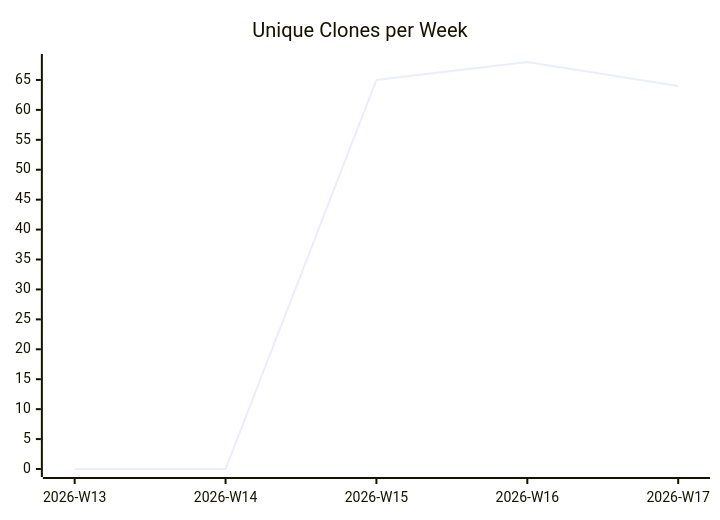
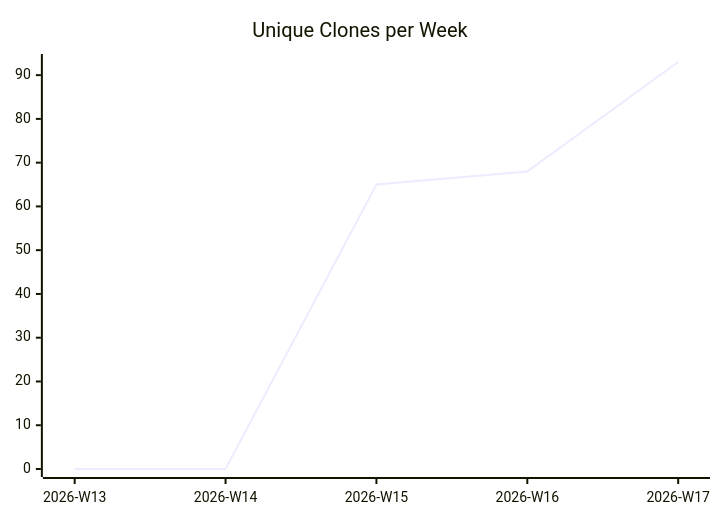
The third of 3 diagrams in justdavis-family/github-analytics-data/README.md (justdavis-family/github-analytics-data), drawn with Mermaid before and after one commit. The commit also changed other lines of this file and 185 other files, not shown here.

````diff
--- a/justdavis-family/github-analytics-data/README.md
+++ b/justdavis-family/github-analytics-data/README.md
@@ -19,6 +19,6 @@
 ```mermaid
 xychart-beta
   title "Unique Clones per Week"
   x-axis ["2026-W13", "2026-W14", "2026-W15", "2026-W16", "2026-W17"]
-  line [0, 0, 65, 68, 64]
+  line [0, 0, 65, 68, 93]
 ```
````
